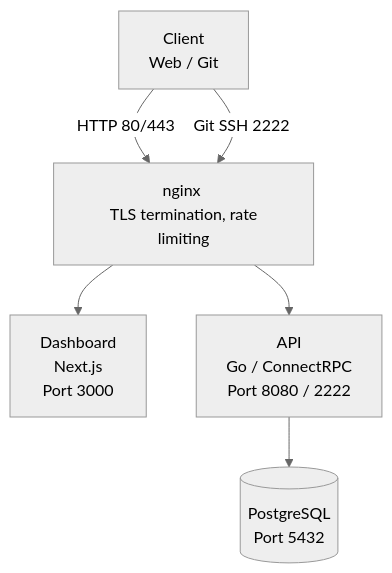
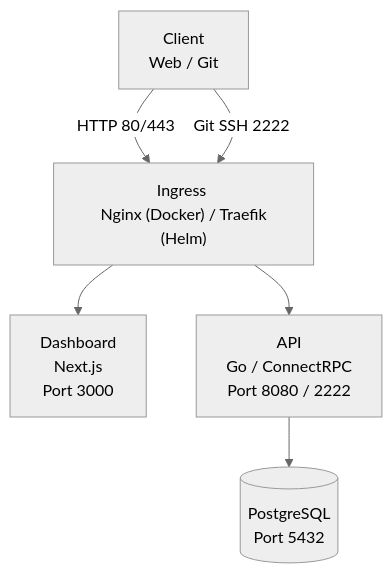
Before and after one commit to lynicis/hasir: the diagram in README.md, drawn with Mermaid (neutral theme).

Commit message:
docs(readme): update architecture diagram to include traefik

````diff
--- a/README.md
+++ b/README.md
@@ -38,8 +38,8 @@
 ```mermaid
 graph TD
-    Client[Client <br> Web / Git] -->|HTTP 80/443| Nginx[nginx <br> TLS termination, rate limiting]
-    Client -->|Git SSH 2222| Nginx
-    Nginx --> Dashboard[Dashboard <br> Next.js <br> Port 3000]
-    Nginx --> API[API <br> Go / ConnectRPC <br> Port 8080 / 2222]
-    API --> DB[(PostgreSQL <br> Port 5432)]
+    Client["Client <br> Web / Git"] -->|HTTP 80/443| Ingress["Ingress <br> Nginx (Docker) / Traefik (Helm)"]
+    Client -->|Git SSH 2222| Ingress
+    Ingress --> Dashboard["Dashboard <br> Next.js <br> Port 3000"]
+    Ingress --> API["API <br> Go / ConnectRPC <br> Port 8080 / 2222"]
+    API --> DB[("PostgreSQL <br> Port 5432")]
 ```
````
